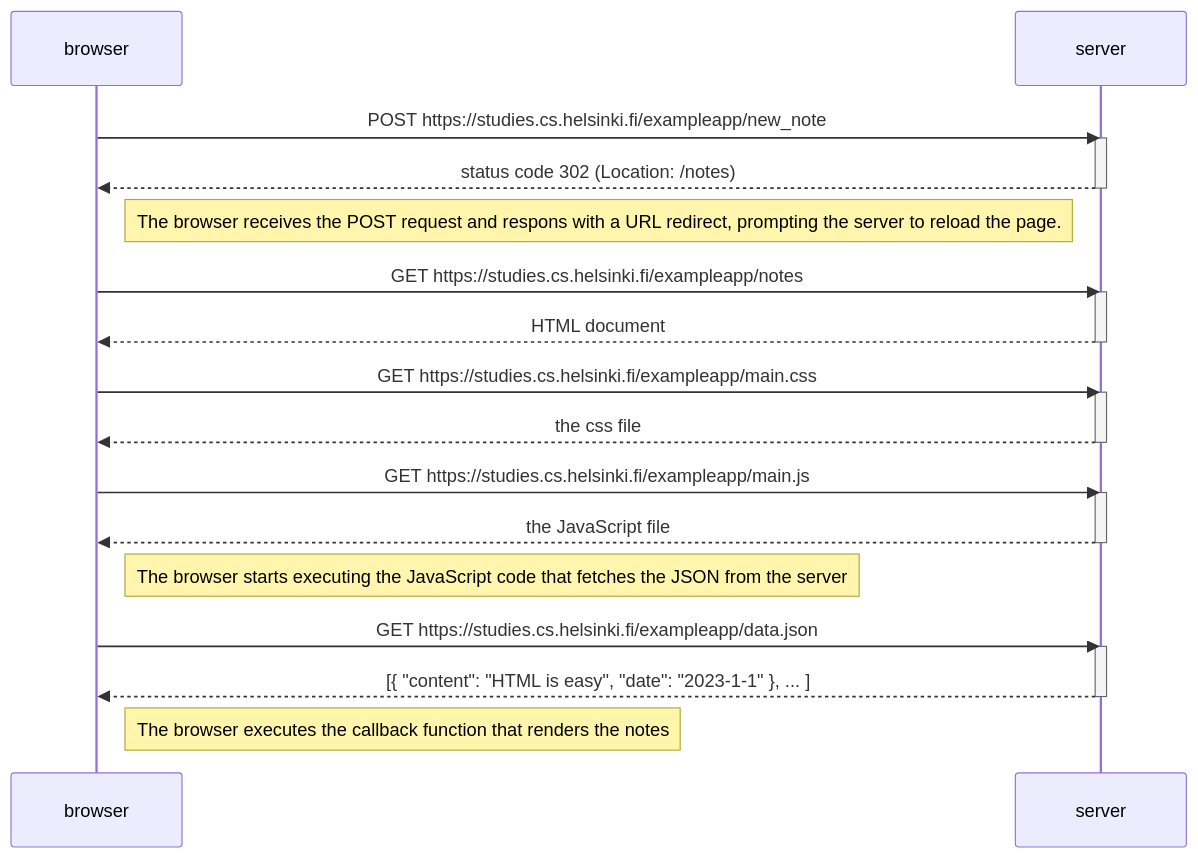
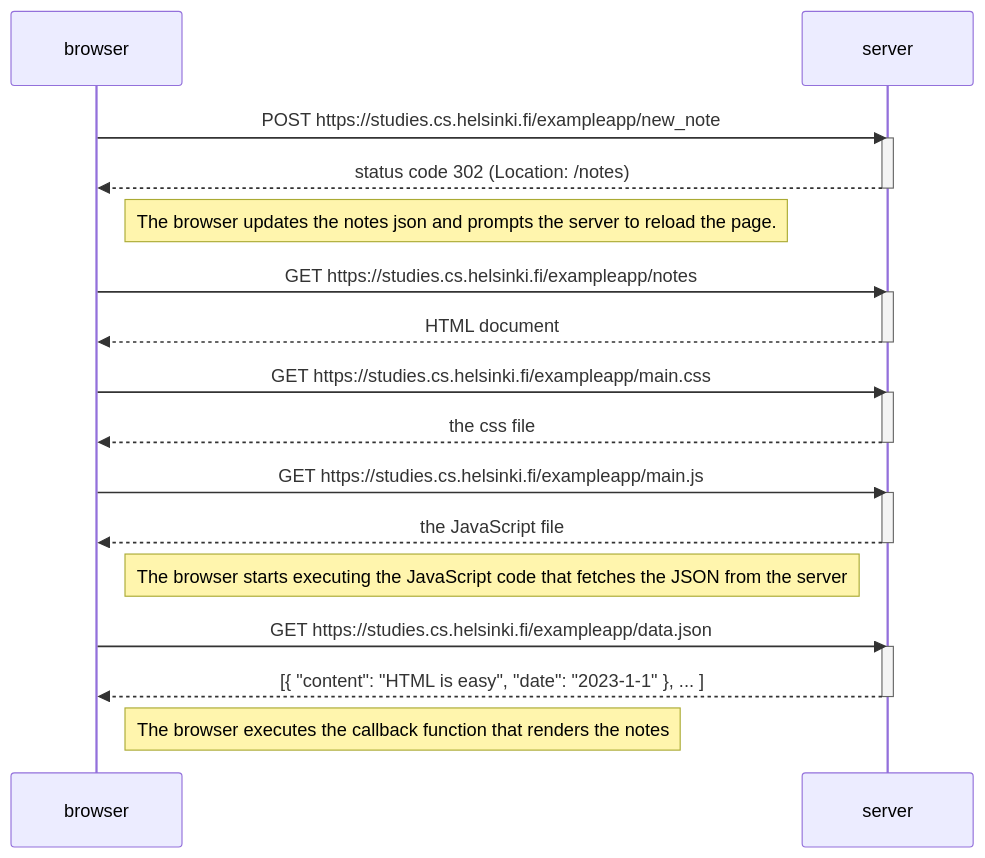
One commit to Czborberg/FullStackDeveloper changed the diagram in part0/exercise04.md. Above: the diagram before and after it, drawn with Mermaid.

````diff
--- a/part0/exercise04.md
+++ b/part0/exercise04.md
@@ -1,36 +1,36 @@
 ```mermaid
 sequenceDiagram
     participant browser
     participant server
 
     browser->>server: POST https://studies.cs.helsinki.fi/exampleapp/new_note
     activate server
     server-->>browser: status code 302 (Location: /notes)
     deactivate server
 
-    Note right of browser: The browser receives the POST request and respons with a URL redirect, prompting the server to reload the page.
+    Note right of browser: The browser updates the notes json and prompts the server to reload the page.
 
     browser->>server: GET https://studies.cs.helsinki.fi/exampleapp/notes
     activate server
     server-->>browser: HTML document
     deactivate server
 
     browser->>server: GET https://studies.cs.helsinki.fi/exampleapp/main.css
     activate server
     server-->>browser: the css file
     deactivate server
 
     browser->>server: GET https://studies.cs.helsinki.fi/exampleapp/main.js
     activate server
     server-->>browser: the JavaScript file
     deactivate server
 
     Note right of browser: The browser starts executing the JavaScript code that fetches the JSON from the server
 
     browser->>server: GET https://studies.cs.helsinki.fi/exampleapp/data.json
     activate server
     server-->>browser: [{ "content": "HTML is easy", "date": "2023-1-1" }, ... ]
     deactivate server
 
     Note right of browser: The browser executes the callback function that renders the notes
 ```
````
